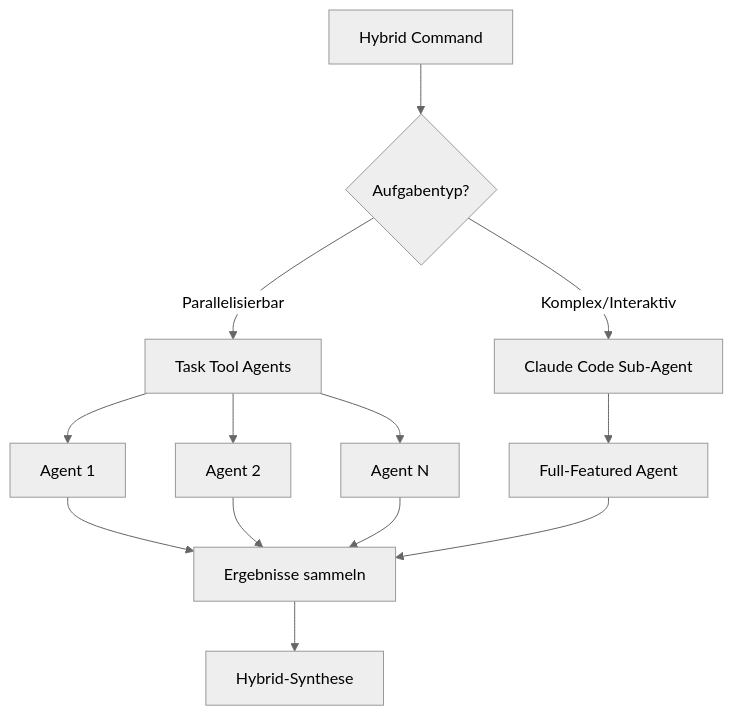
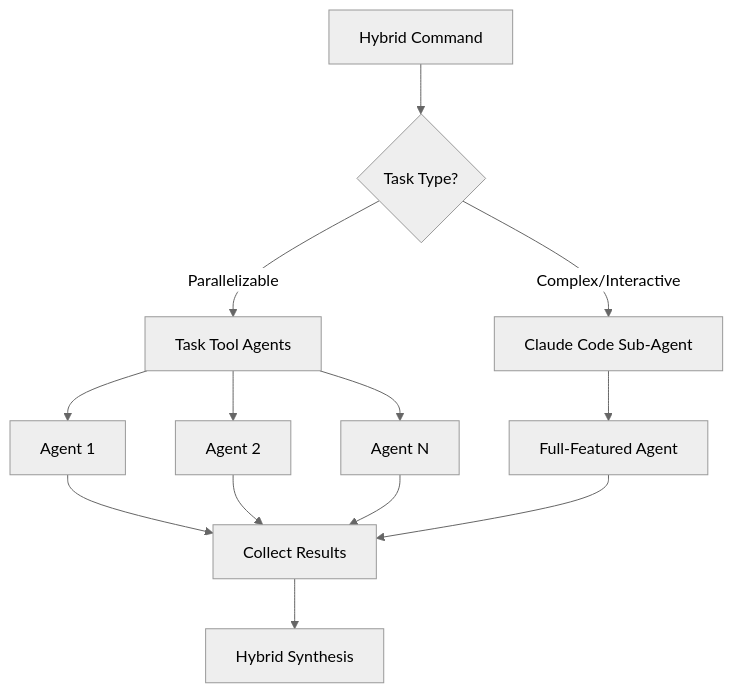
Before and after one commit to redpop/claude-code-toolkit: the second of 2 diagrams in docs/architecture/TECHNICAL-GUIDE.md, drawn with Mermaid (neutral theme). The commit also changed other lines of this file and 17 other files, not shown here.

````diff
--- a/docs/architecture/TECHNICAL-GUIDE.md
+++ b/docs/architecture/TECHNICAL-GUIDE.md
@@ -390,15 +390,15 @@
 ```mermaid
 graph TD
-    A[Hybrid Command] --> B{Aufgabentyp?}
-    B -->|Parallelisierbar| C[Task Tool Agents]
-    B -->|Komplex/Interaktiv| D[Claude Code Sub-Agent]
+    A[Hybrid Command] --> B{Task Type?}
+    B -->|Parallelizable| C[Task Tool Agents]
+    B -->|Complex/Interactive| D[Claude Code Sub-Agent]
     C --> E[Agent 1]
     C --> F[Agent 2]
     C --> G[Agent N]
     D --> H[Full-Featured Agent]
-    E --> I[Ergebnisse sammeln]
+    E --> I[Collect Results]
     F --> I
     G --> I
     H --> I
-    I --> J[Hybrid-Synthese]
+    I --> J[Hybrid Synthesis]
 ```
````
